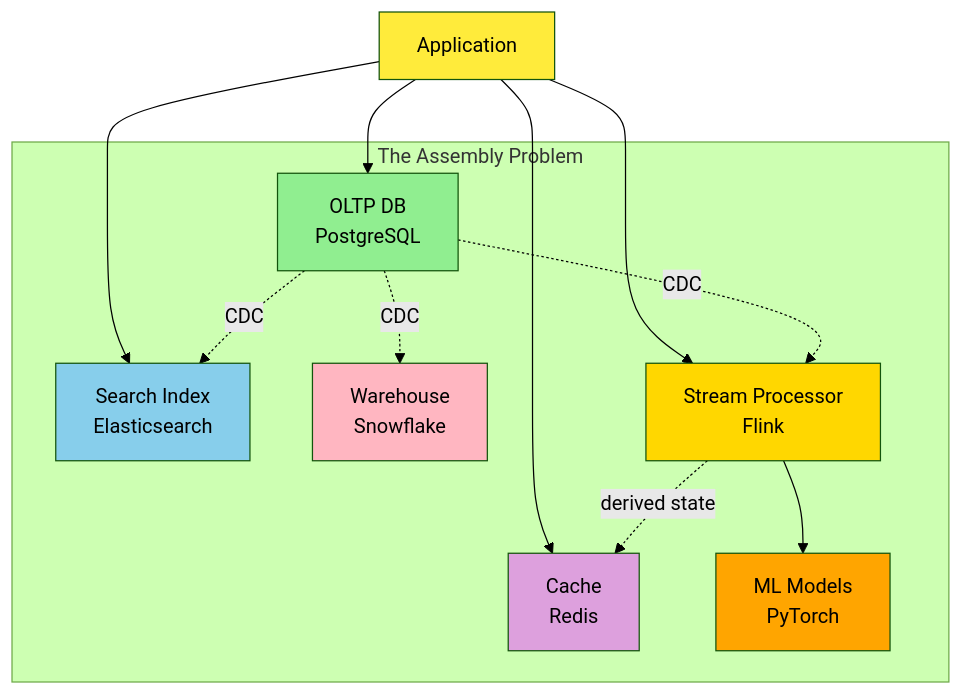
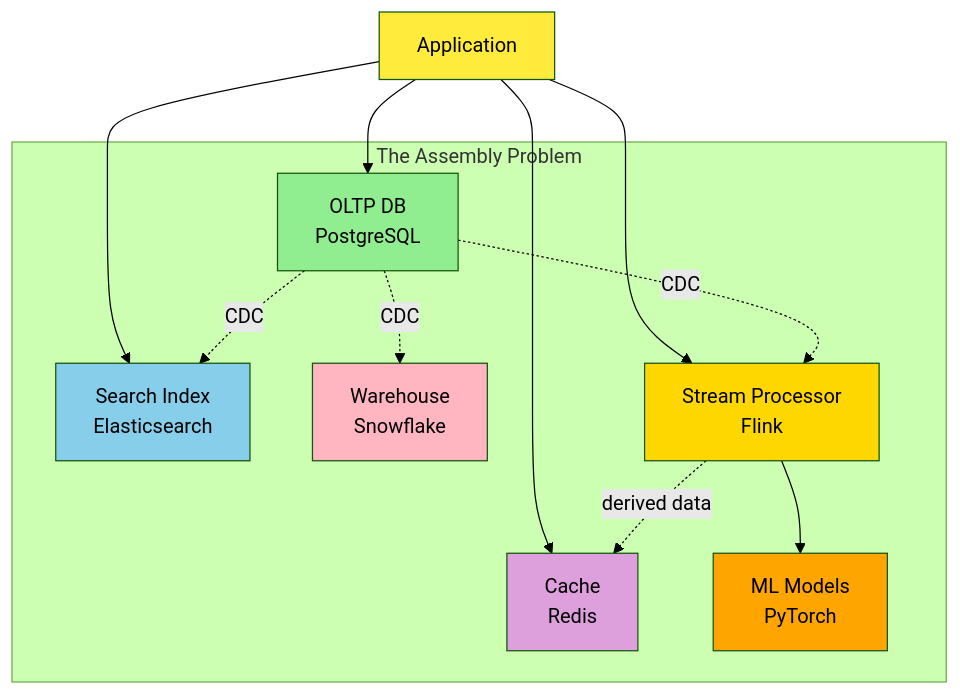
The first of 29 diagrams in chapter-13-philosophy-streaming-systems.md (shpsi/Designing-Data-Intensive-Applications), drawn with Mermaid (forest theme) before and after one commit. The commit also changed other lines of this file and 15 other files, not shown here.

````diff
--- a/chapter-13-philosophy-streaming-systems.md
+++ b/chapter-13-philosophy-streaming-systems.md
@@ -9,32 +17,32 @@
 ```mermaid
 graph TB
     subgraph "The Assembly Problem"
         OLTP["OLTP DB<br/>PostgreSQL"]
         SEARCH["Search Index<br/>Elasticsearch"]
         CACHE["Cache<br/>Redis"]
         WAREHOUSE["Warehouse<br/>Snowflake"]
         STREAM["Stream Processor<br/>Flink"]
         ML["ML Models<br/>PyTorch"]
     end
 
     APP["Application"]
 
     APP --> OLTP
     APP --> SEARCH
     APP --> CACHE
     APP --> STREAM
 
     OLTP -.->|"CDC"| SEARCH
     OLTP -.->|"CDC"| WAREHOUSE
     OLTP -.->|"CDC"| STREAM
     STREAM --> ML
-    STREAM -.->|"derived state"| CACHE
+    STREAM -.->|"derived data"| CACHE
 
     style APP fill:#ffeb3b
     style OLTP fill:#90EE90
     style SEARCH fill:#87CEEB
     style CACHE fill:#DDA0DD
     style WAREHOUSE fill:#FFB6C1
     style STREAM fill:#FFD700
     style ML fill:#FFA500
 ```
````
